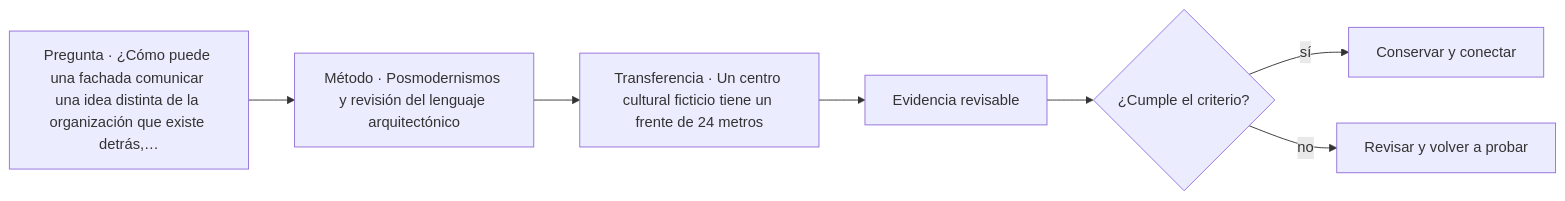
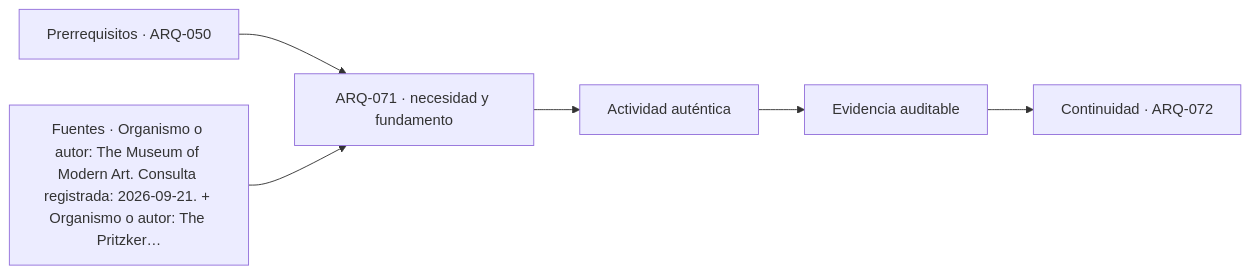
The diagram in classes/parte-08/ARQ-071.md (vladimiracunadev-create/architecture-built-environment-learning-program), drawn with Mermaid before and after one commit. The commit also changed other lines of this file and 761 other files, not shown here.

````diff
--- a/classes/parte-08/ARQ-071.md
+++ b/classes/parte-08/ARQ-071.md
@@ -94,9 +106,8 @@
 ```mermaid
 flowchart LR
-    Q["Pregunta · ¿Cómo puede una fachada comunicar una idea distinta de la organización que existe detrás,…"] --> M["Método · Posmodernismos y revisión del lenguaje arquitectónico"]
-    M --> P["Transferencia · Un centro cultural ficticio tiene un frente de 24 metros"]
-    P --> E["Evidencia revisable"]
-    E --> C{"¿Cumple el criterio?"}
-    C -->|sí| T["Conservar y conectar"]
-    C -->|no| R["Revisar y volver a probar"]
+    A["Prerrequisitos · ARQ-050"] --> B["ARQ-071 · necesidad y fundamento"]
+    S["Fuentes · Organismo o autor: The Museum of Modern Art. Consulta registrada: 2026-09-21. + Organismo o autor: The Pritzker…"] --> B
+    B --> C["Actividad auténtica"]
+    C --> D["Evidencia auditable"]
+    D --> E["Continuidad · ARQ-072"]
 ```
````
